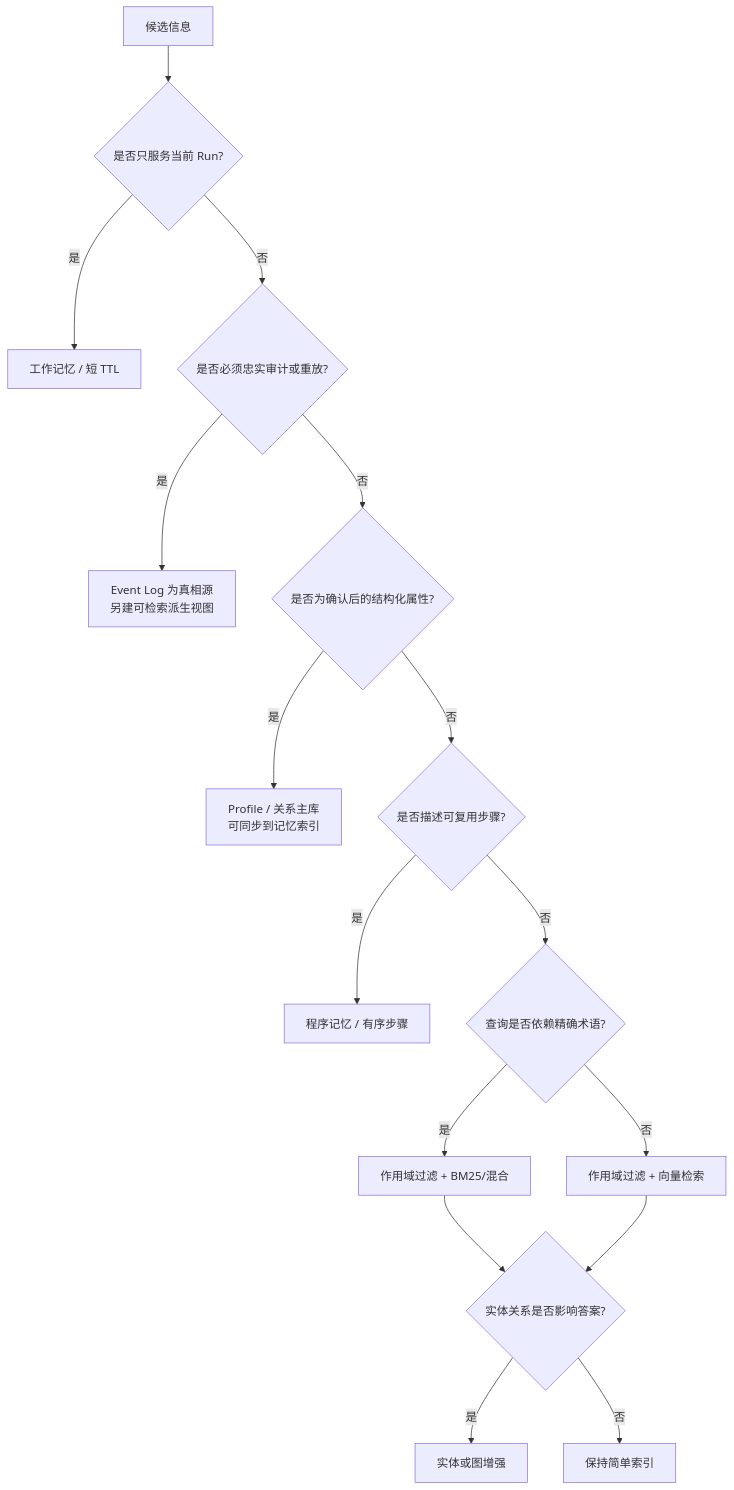
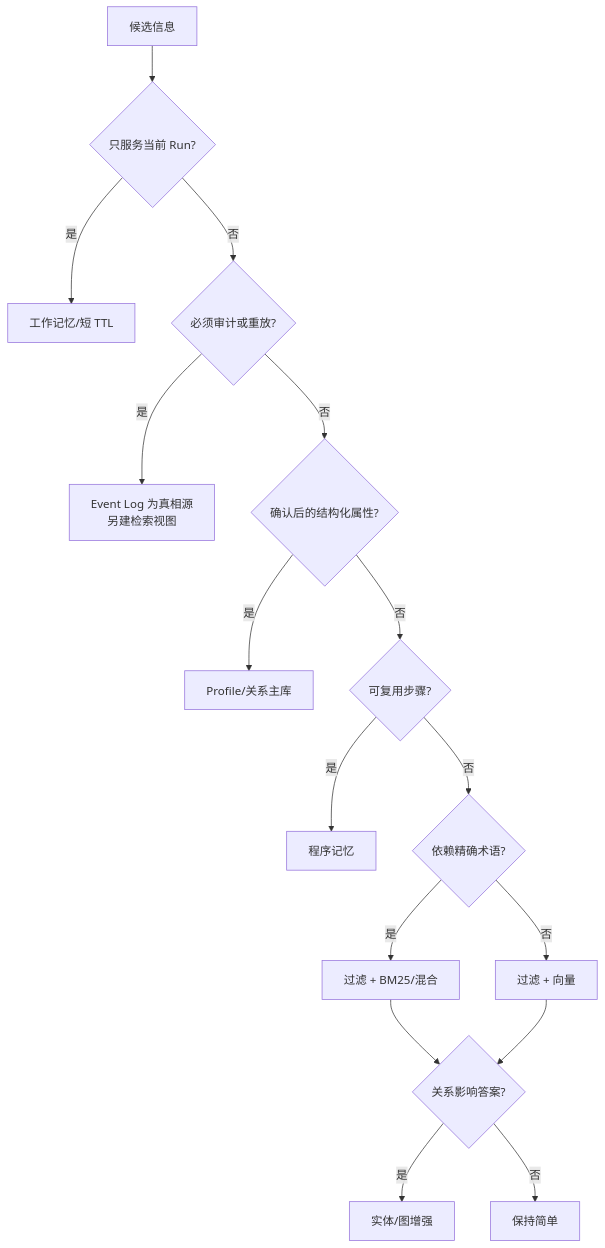
Before and after one commit to StevenLZM/mem0: the fourth of 8 diagrams in docs/learning/mem0-memory-system-design.zh-CN.md, drawn with Mermaid. The commit also changed other lines of this file, not shown here.

````diff
--- a/docs/learning/mem0-memory-system-design.zh-CN.md
+++ b/docs/learning/mem0-memory-system-design.zh-CN.md
@@ -256,18 +214,18 @@
 ```mermaid
 flowchart TD
-    A[候选信息] --> B{是否只服务当前 Run?}
-    B -- 是 --> C[工作记忆 / 短 TTL]
-    B -- 否 --> D{是否必须忠实审计或重放?}
-    D -- 是 --> E[Event Log 为真相源<br/>另建可检索派生视图]
-    D -- 否 --> F{是否为确认后的结构化属性?}
-    F -- 是 --> G[Profile / 关系主库<br/>可同步到记忆索引]
-    F -- 否 --> H{是否描述可复用步骤?}
-    H -- 是 --> I[程序记忆 / 有序步骤]
-    H -- 否 --> J{查询是否依赖精确术语?}
-    J -- 是 --> K[作用域过滤 + BM25/混合]
-    J -- 否 --> L[作用域过滤 + 向量检索]
-    K --> M{实体关系是否影响答案?}
+    A[候选信息] --> B{只服务当前 Run?}
+    B -- 是 --> C[工作记忆/短 TTL]
+    B -- 否 --> D{必须审计或重放?}
+    D -- 是 --> E[Event Log 为真相源<br/>另建检索视图]
+    D -- 否 --> F{确认后的结构化属性?}
+    F -- 是 --> G[Profile/关系主库]
+    F -- 否 --> H{可复用步骤?}
+    H -- 是 --> I[程序记忆]
+    H -- 否 --> J{依赖精确术语?}
+    J -- 是 --> K[过滤 + BM25/混合]
+    J -- 否 --> L[过滤 + 向量]
+    K --> M{关系影响答案?}
     L --> M
-    M -- 是 --> N[实体或图增强]
-    M -- 否 --> O[保持简单索引]
+    M -- 是 --> N[实体/图增强]
+    M -- 否 --> O[保持简单]
 ```
````
